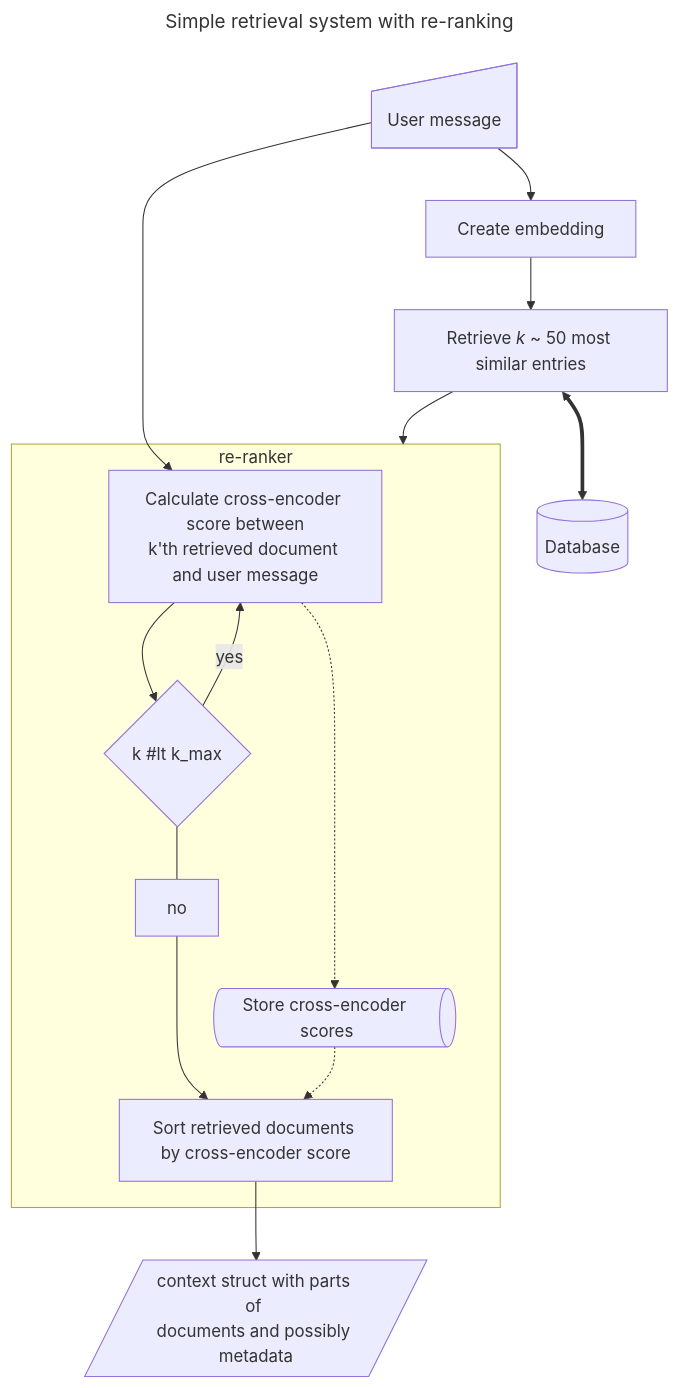
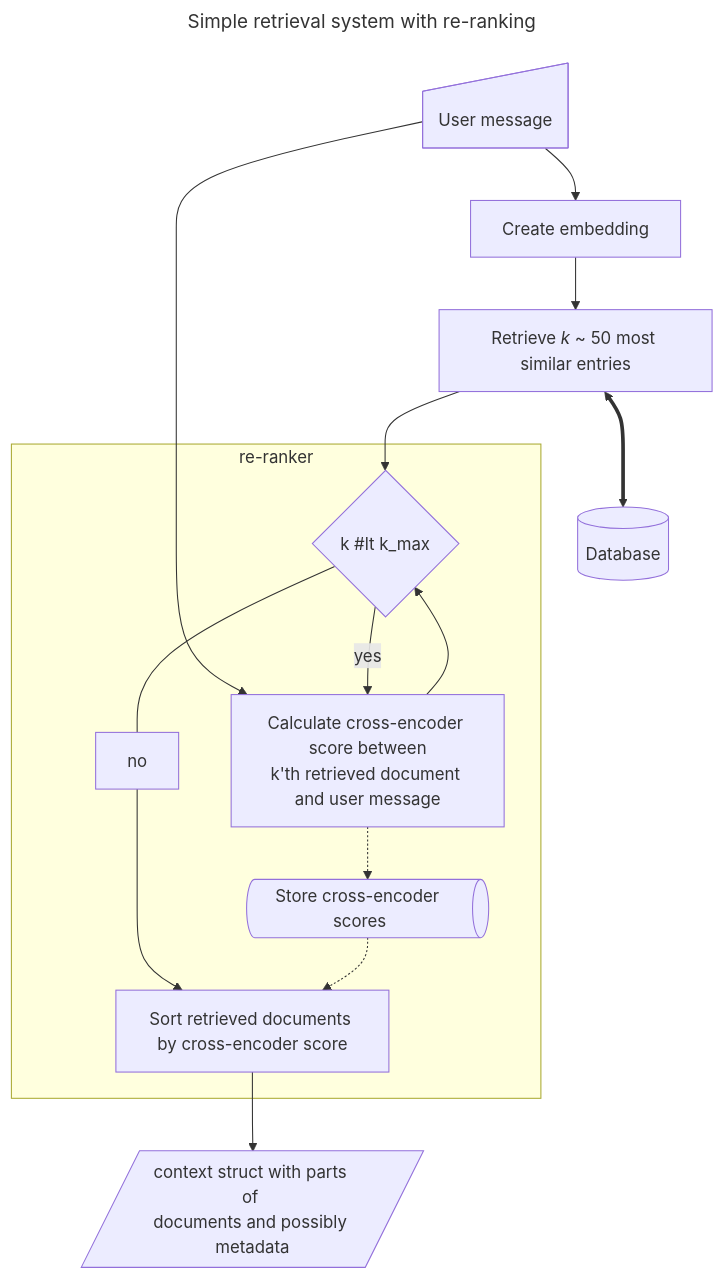
The second of 2 diagrams in docs/background/rag/retrival_system.md (DKAndreasen/public-genai-governance), drawn with Mermaid before and after one commit.

Commit message:
get diagram to behave

````diff
--- a/docs/background/rag/retrival_system.md
+++ b/docs/background/rag/retrival_system.md
@@ -31,31 +31,31 @@
 ```mermaid
 ---
 title: Simple retrieval system with re-ranking
 ---
 graph TD;
     db[(Database)]
     input@{ shape: manual-input, label: "User message" }
     embed["Create embedding"]
     retriever["`Retrieve _k_ ~ 50 most similar entries`"]
     output@{ shape: in-out, label: "context struct with parts of 
     documents and possibly metadata" }
     input --> embed
-    input ---> crossEncoder
+    input ----> crossEncoder
     embed --> retriever
     retriever <==> db
-    retriever --> re-ranker
+    retriever --> loopCondition
     subgraph re-ranker
         loopCondition@{ shape: decision, label: "k #lt k_max"}
         crossEncoder["`Calculate cross-encoder score between
         k'th retrieved document and user message`"]
         storage@{ shape: das, label: "Store cross-encoder scores"}
         sorter["Sort retrieved documents by cross-encoder score"]
         loopCondition -- yes --> crossEncoder
         
         crossEncoder --> loopCondition
         loopCondition --- no ---> sorter
         crossEncoder -.-> storage
         storage -.-> sorter
     end
     sorter --> output
 ```
````
